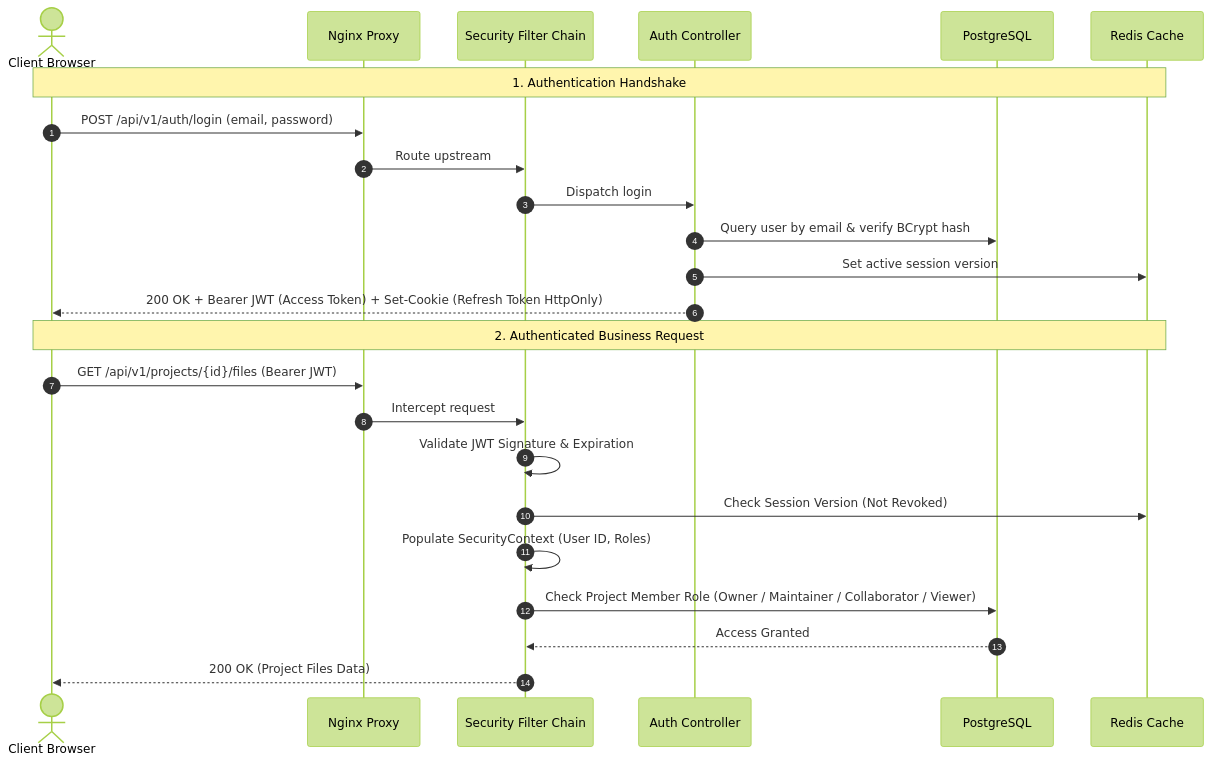
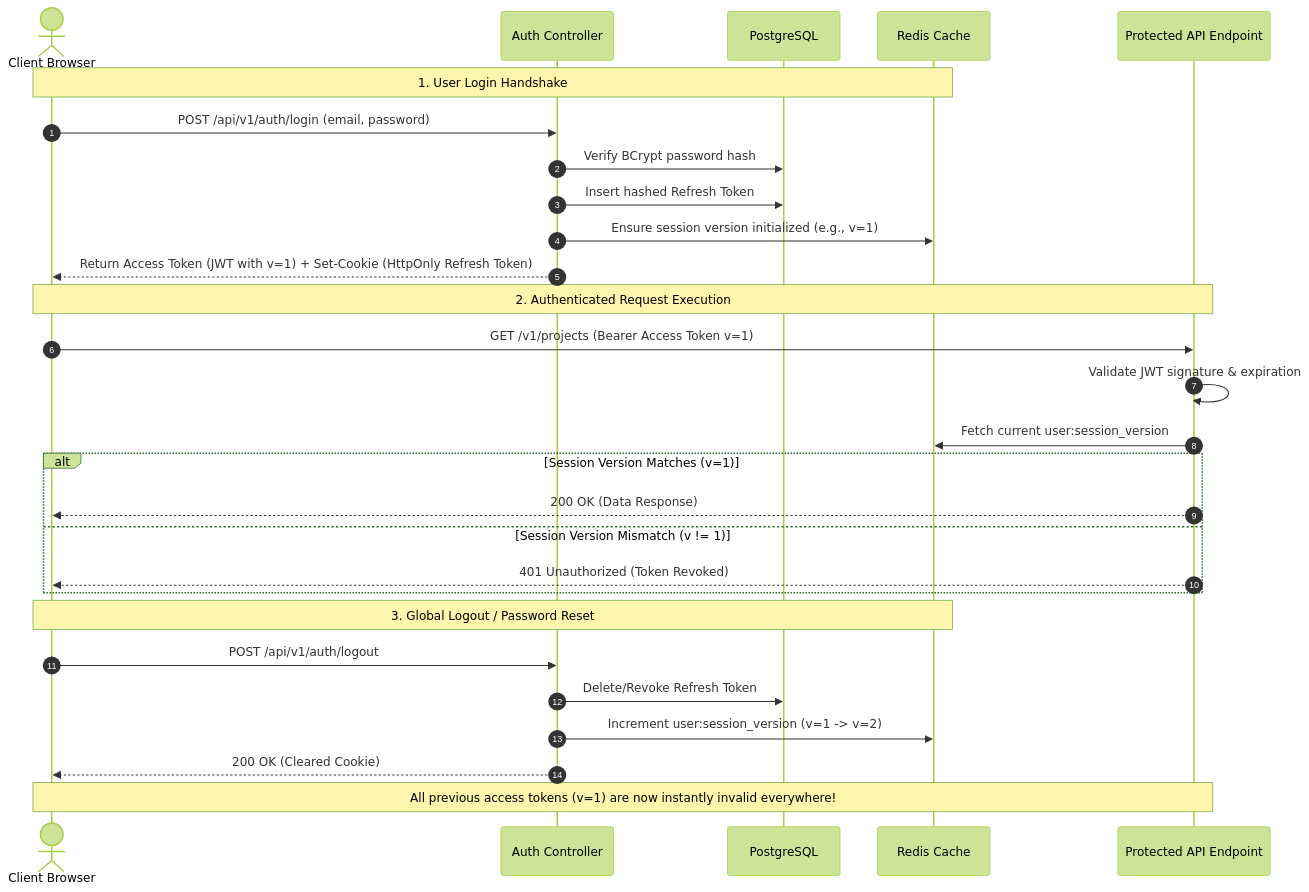
Before and after one commit to saiprakash-nexarats/collabster: the sixth of 8 diagrams in README.md, drawn with Mermaid (forest theme). The commit also changed other lines of this file and 1 other file, not shown here.

Commit message:
docs: enrich README with specialized architecture and sequence diagrams for all subsystems

````diff
--- a/README.md
+++ b/README.md
@@ -272,28 +476,33 @@
 ```mermaid
 sequenceDiagram
     autonumber
     actor User as Client Browser
-    participant Nginx as Nginx Proxy
-    participant Sec as Security Filter Chain
     participant Auth as Auth Controller
     participant DB as PostgreSQL
     participant Redis as Redis Cache
+    participant API as Protected API Endpoint
 
-    Note over User,Redis: 1. Authentication Handshake
-    User->>Nginx: POST /api/v1/auth/login (email, password)
-    Nginx->>Sec: Route upstream
-    Sec->>Auth: Dispatch login
-    Auth->>DB: Query user by email & verify BCrypt hash
-    Auth->>Redis: Set active session version
-    Auth-->>User: 200 OK + Bearer JWT (Access Token) + Set-Cookie (Refresh Token HttpOnly)
+    Note over User,Redis: 1. User Login Handshake
+    User->>Auth: POST /api/v1/auth/login (email, password)
+    Auth->>DB: Verify BCrypt password hash
+    Auth->>DB: Insert hashed Refresh Token
+    Auth->>Redis: Ensure session version initialized (e.g., v=1)
+    Auth-->>User: Return Access Token (JWT with v=1) + Set-Cookie (HttpOnly Refresh Token)
 
-    Note over User,Redis: 2. Authenticated Business Request
-    User->>Nginx: GET /api/v1/projects/{id}/files (Bearer JWT)
-    Nginx->>Sec: Intercept request
-    Sec->>Sec: Validate JWT Signature & Expiration
-    Sec->>Redis: Check Session Version (Not Revoked)
-    Sec->>Sec: Populate SecurityContext (User ID, Roles)
-    Sec->>DB: Check Project Member Role (Owner / Maintainer / Collaborator / Viewer)
-    DB-->>Sec: Access Granted
-    Sec-->>User: 200 OK (Project Files Data)
+    Note over User,API: 2. Authenticated Request Execution
+    User->>API: GET /v1/projects (Bearer Access Token v=1)
+    API->>API: Validate JWT signature & expiration
+    API->>Redis: Fetch current user:session_version
+    alt Session Version Matches (v=1)
+        API-->>User: 200 OK (Data Response)
+    else Session Version Mismatch (v != 1)
+        API-->>User: 401 Unauthorized (Token Revoked)
+    end
+
+    Note over User,Redis: 3. Global Logout / Password Reset
+    User->>Auth: POST /api/v1/auth/logout
+    Auth->>DB: Delete/Revoke Refresh Token
+    Auth->>Redis: Increment user:session_version (v=1 -> v=2)
+    Auth-->>User: 200 OK (Cleared Cookie)
+    Note over User,API: All previous access tokens (v=1) are now instantly invalid everywhere!
 ```
````
